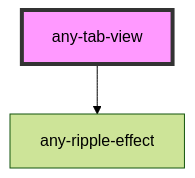
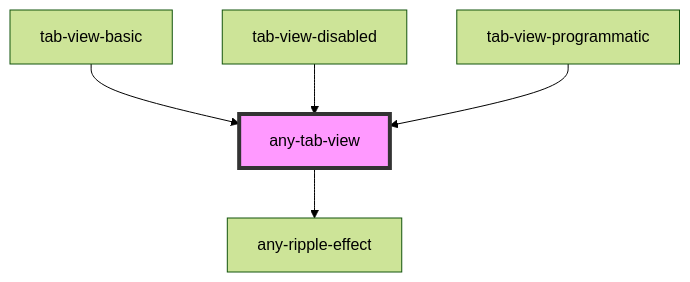
Before and after one commit to adaleks/anywhere-ui: the diagram in packages/core/src/components/tab-view/readme.md, drawn with Mermaid (forest theme). The commit also changed other lines of this file and 145 other files, not shown here.

````diff
--- a/packages/core/src/components/tab-view/readme.md
+++ b/packages/core/src/components/tab-view/readme.md
@@ -31,5 +37,8 @@
 ```mermaid
 graph TD;
   any-tab-view --> any-ripple-effect
+  tab-view-basic --> any-tab-view
+  tab-view-disabled --> any-tab-view
+  tab-view-programmatic --> any-tab-view
   style any-tab-view fill:#f9f,stroke:#333,stroke-width:4px
 ```
````
